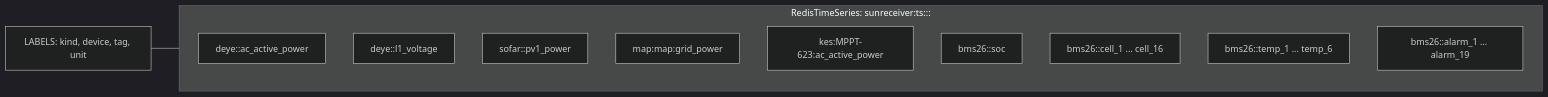
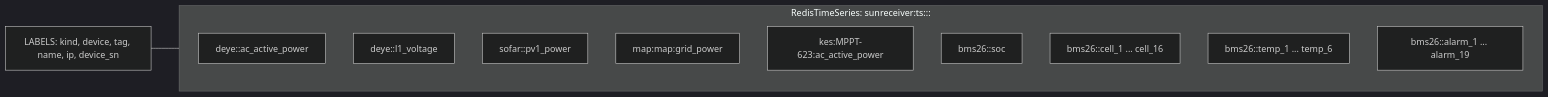
The third of 5 diagrams in docs/research/redis-storage-optimization.md (galiy/sunReceiver), drawn with Mermaid (dark theme) before and after one commit. The commit also changed other lines of this file and 19 other files, not shown here.

First line of the commit message:
Redis: временные ряды на RedisTimeSeries (серии device×tag, TS.MRANGE/FILTER)

````diff
--- a/docs/research/redis-storage-optimization.md
+++ b/docs/research/redis-storage-optimization.md
@@ -179,16 +179,16 @@
 ```mermaid
 graph LR
   subgraph TS["RedisTimeSeries: sunreceiver:ts:<kind>:<device>:<tag>"]
     direction TB
     D1["deye:<serial>:ac_active_power"]
     D2["deye:<serial>:l1_voltage"]
     D3["sofar:<serial>:pv1_power"]
     M1["map:map:grid_power"]
     K1["kes:MPPT-623:ac_active_power"]
     B1["bms26:<serial>:soc"]
     B2["bms26:<serial>:cell_1 ... cell_16"]
     B3["bms26:<serial>:temp_1 ... temp_6"]
     B4["bms26:<serial>:alarm_1 ... alarm_19"]
   end
-  L["LABELS: kind, device, tag, unit"] --- TS
+  L["LABELS: kind, device, tag, name, ip, device_sn"] --- TS
 ```
````
